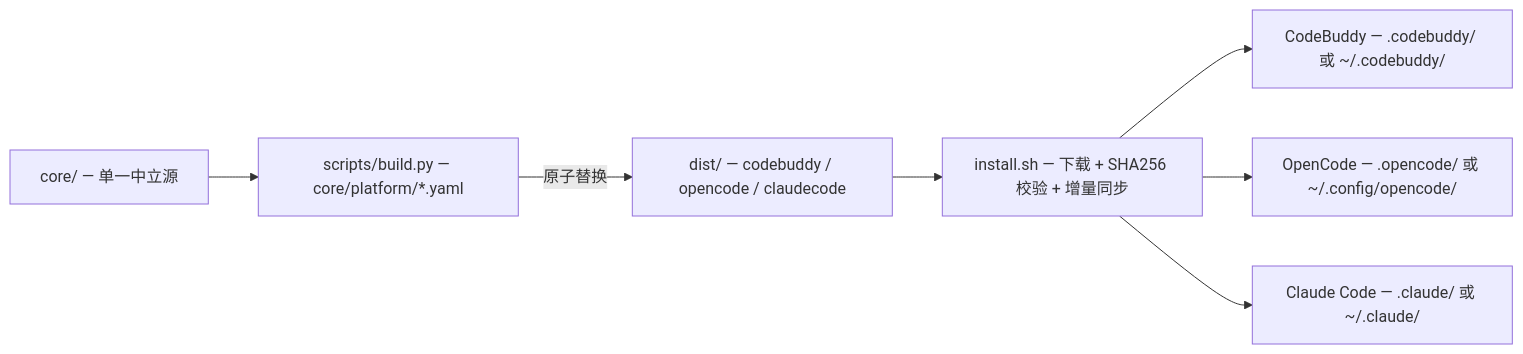
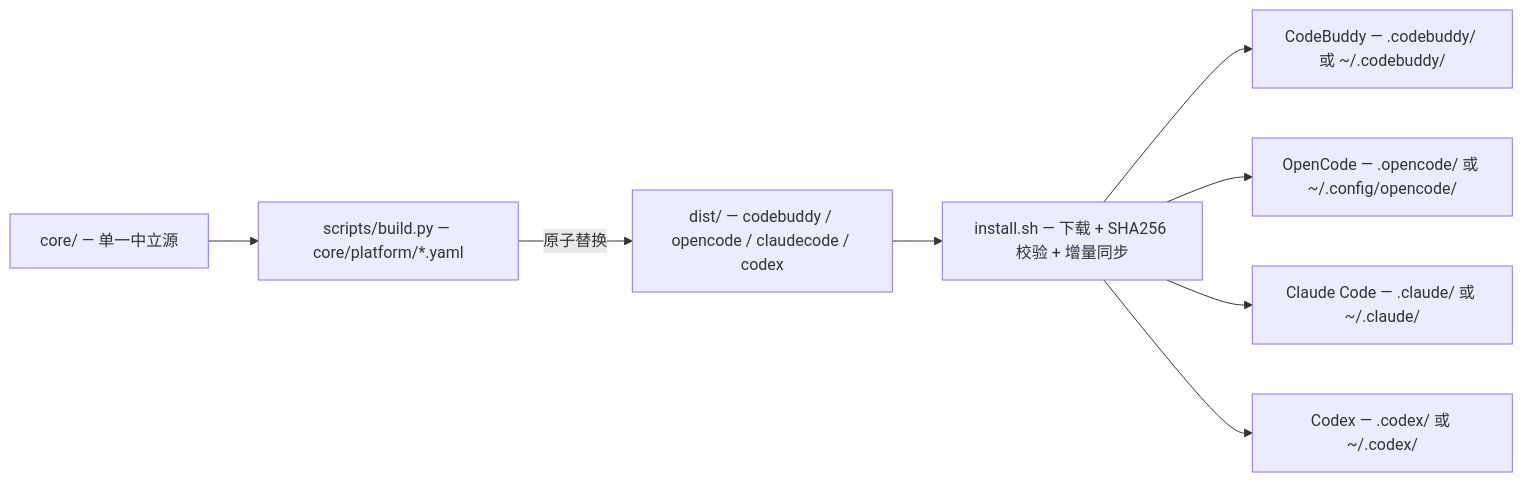
Before and after one commit to fxdgg/BudgetBuddy: the second of 2 diagrams in README_CN.md, drawn with Mermaid. The commit also changed other lines of this file and 154 other files, not shown here.

````diff
--- a/README_CN.md
+++ b/README_CN.md
@@ -181,9 +235,10 @@
 ```mermaid
 flowchart LR
     CORE["core/ — 单一中立源"] --> BP["scripts/build.py — core/platform/*.yaml"]
-    BP -->|"原子替换"| DIST["dist/ — codebuddy / opencode / claudecode"]
+    BP -->|"原子替换"| DIST["dist/ — codebuddy / opencode / claudecode / codex"]
     DIST --> INST["install.sh — 下载 + SHA256 校验 + 增量同步"]
     INST --> CB["CodeBuddy — .codebuddy/ 或 ~/.codebuddy/"]
     INST --> OC["OpenCode — .opencode/ 或 ~/.config/opencode/"]
     INST --> CC["Claude Code — .claude/ 或 ~/.claude/"]
+    INST --> CX["Codex — .codex/ 或 ~/.codex/"]
 ```
````
